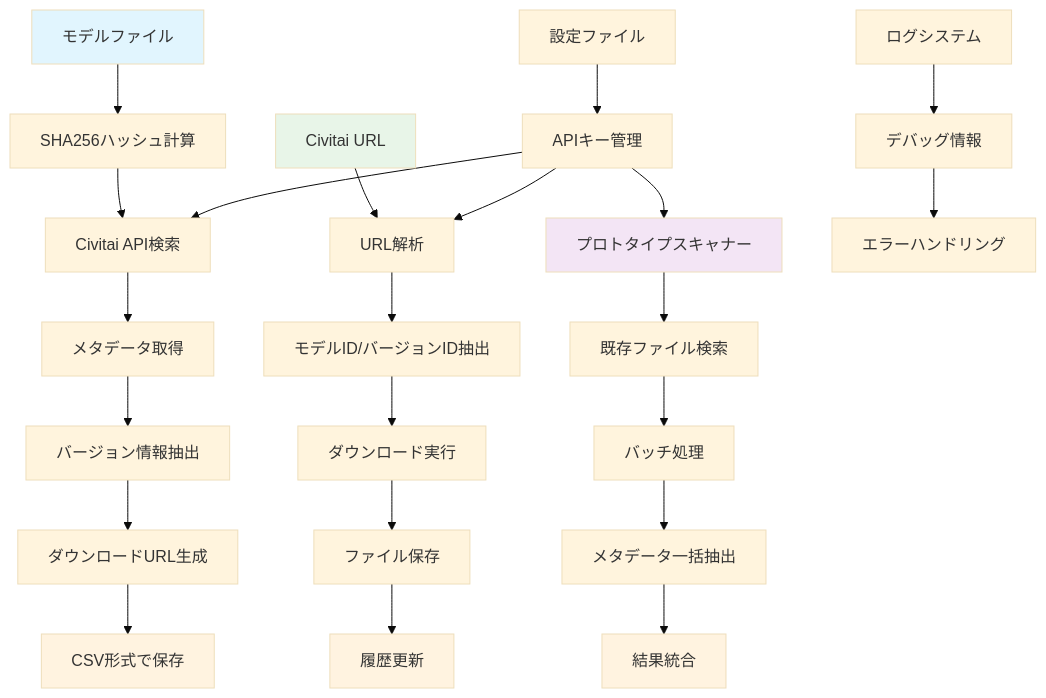
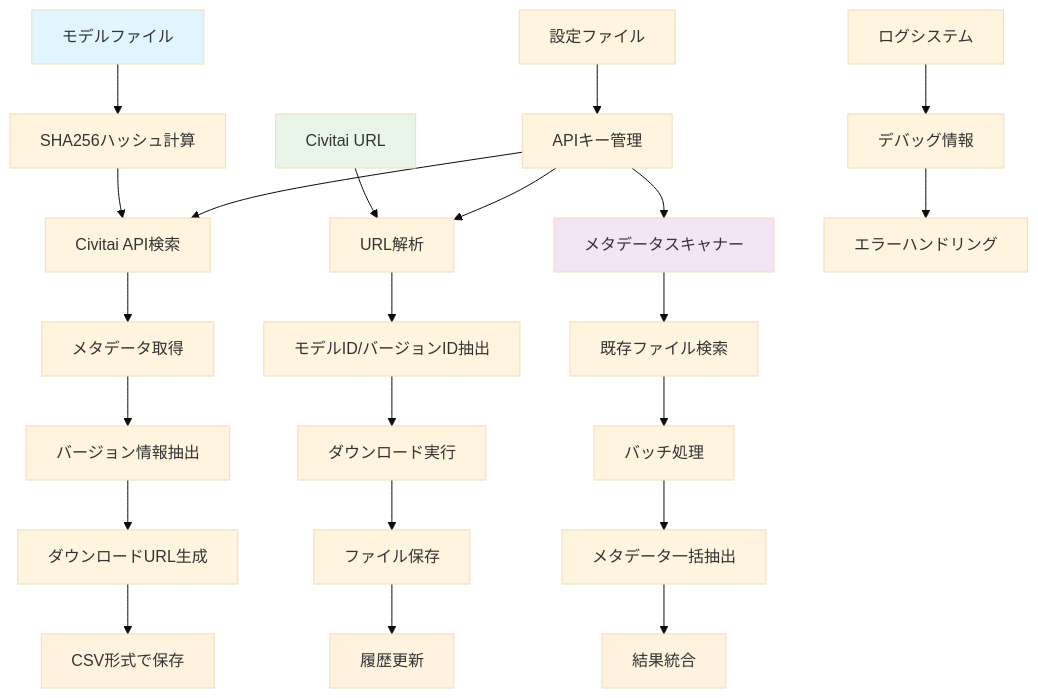
One commit to calico923/paperspace-civitiai-downloader changed the diagram in README.md. Above: the diagram before and after it, drawn with Mermaid (base theme). The commit also changed other lines of this file, not shown here.

````diff
--- a/README.md
+++ b/README.md
@@ -26,35 +26,35 @@
 ```mermaid
 graph TD
     A[モデルファイル] --> B[SHA256ハッシュ計算]
     B --> C[Civitai API検索]
     C --> D[メタデータ取得]
     D --> E[バージョン情報抽出]
     E --> F[ダウンロードURL生成]
     F --> G[CSV形式で保存]
     
     H[Civitai URL] --> I[URL解析]
     I --> J[モデルID/バージョンID抽出]
     J --> K[ダウンロード実行]
     K --> L[ファイル保存]
     L --> M[履歴更新]
     
-    N[プロトタイプスキャナー] --> O[既存ファイル検索]
+    N[メタデータスキャナー] --> O[既存ファイル検索]
     O --> P[バッチ処理]
     P --> Q[メタデータ一括抽出]
     Q --> R[結果統合]
     
     S[設定ファイル] --> T[APIキー管理]
     T --> C
     T --> I
     T --> N
     
     U[ログシステム] --> V[デバッグ情報]
     V --> W[エラーハンドリング]
     
     style A fill:#e1f5fe
     style H fill:#e8f5e8
     style N fill:#f3e5f5
     style G fill:#fff3e0
     style M fill:#fff3e0
     style R fill:#fff3e0
 ```
````
